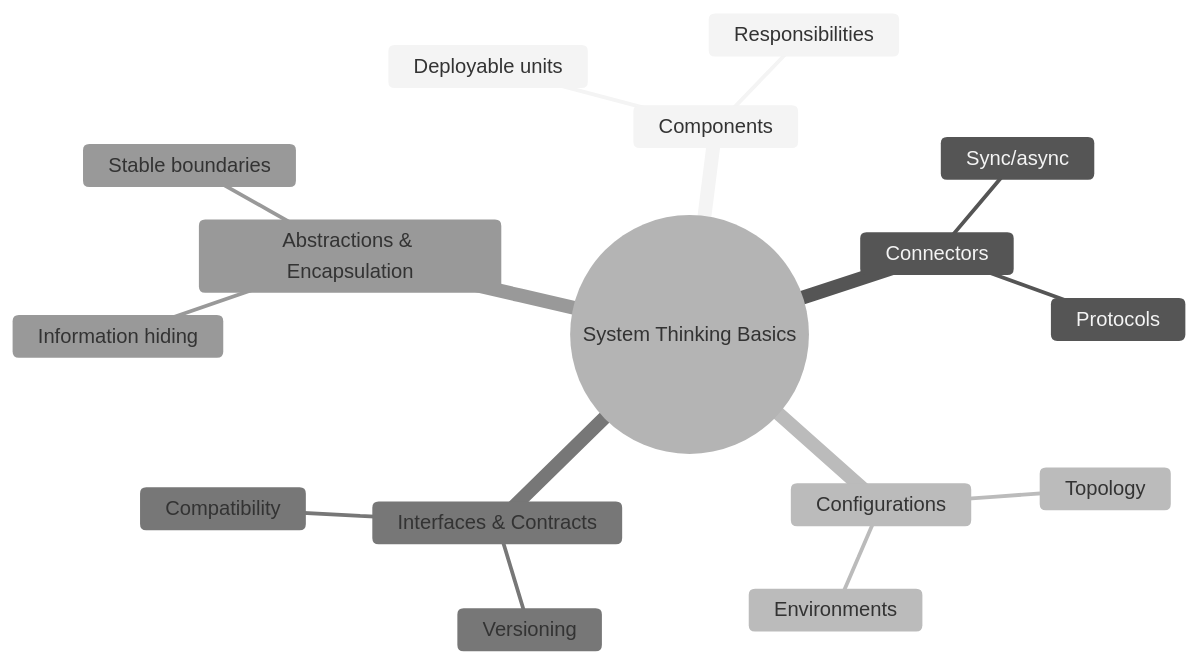
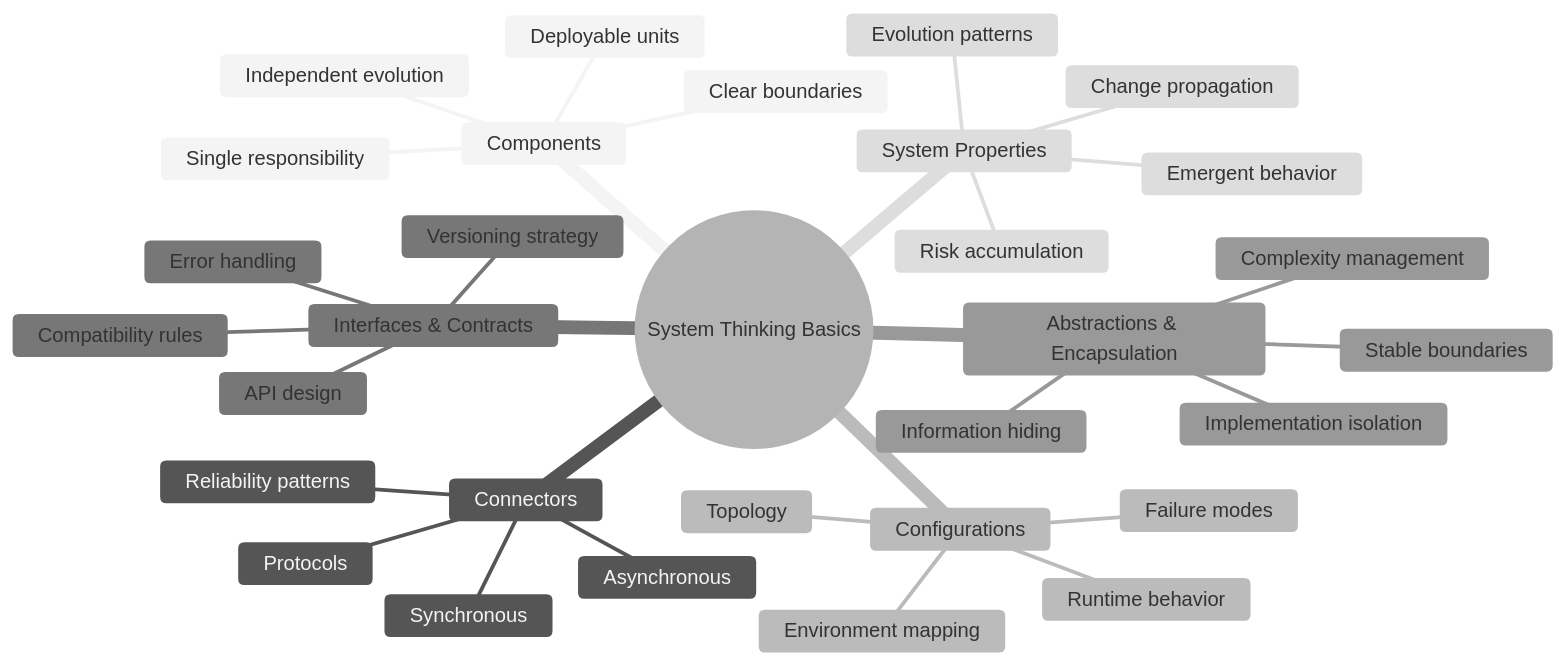
The diagram in docs/foundational-concepts/system-thinking-basics/index.mdx (archman-dev/website), drawn with Mermaid (neutral theme) before and after one commit. The commit also changed other lines of this file and 17 other files, not shown here.

````diff
--- a/docs/foundational-concepts/system-thinking-basics/index.mdx
+++ b/docs/foundational-concepts/system-thinking-basics/index.mdx
@@ -108,19 +114,34 @@
 ```mermaid title="system-thinking-basics-overview.mmd" showLineNumbers
 mindmap
     root((System Thinking Basics))
         Components
             Deployable units
-            Responsibilities
+            Single responsibility
+            Clear boundaries
+            Independent evolution
         Connectors
-            Sync/async
+            Synchronous
+            Asynchronous
             Protocols
+            Reliability patterns
         Configurations
             Topology
-            Environments
+            Environment mapping
+            Runtime behavior
+            Failure modes
         Interfaces & Contracts
-            Versioning
-            Compatibility
+            API design
+            Versioning strategy
+            Compatibility rules
+            Error handling
         Abstractions & Encapsulation
             Information hiding
             Stable boundaries
+            Implementation isolation
+            Complexity management
+        System Properties
+            Emergent behavior
+            Change propagation
+            Risk accumulation
+            Evolution patterns
 ```
````
